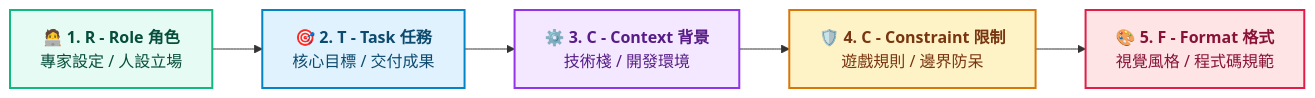
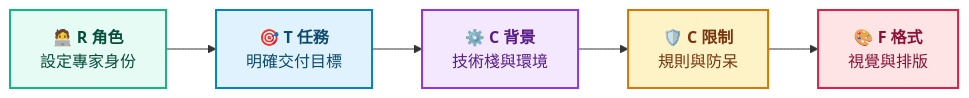
One commit to roberthsu2003/vibe_coding changed the diagram in prompt/README.md. Above: the diagram before and after it, drawn with Mermaid. The commit also changed 1 other file, not shown here.

````diff
--- a/prompt/README.md
+++ b/prompt/README.md
@@ -31,14 +31,14 @@
 ```mermaid
 flowchart LR
-    R["🧑‍💻 <b>1. R - Role 角色</b><br/>專家設定 / 人設立場"] 
-    --> T["🎯 <b>2. T - Task 任務</b><br/>核心目標 / 交付成果"] 
-    --> C1["⚙️ <b>3. C - Context 背景</b><br/>技術棧 / 開發環境"] 
-    --> C2["🛡️ <b>4. C - Constraint 限制</b><br/>遊戲規則 / 邊界防呆"] 
-    --> F["🎨 <b>5. F - Format 格式</b><br/>視覺風格 / 程式碼規範"]
+    R["🧑‍💻 <b>R 角色</b><br/>設定專家身份"] 
+    --> T["🎯 <b>T 任務</b><br/>明確交付目標"] 
+    --> C1["⚙️ <b>C 背景</b><br/>技術棧與環境"] 
+    --> C2["🛡️ <b>C 限制</b><br/>規則與防呆"] 
+    --> F["🎨 <b>F 格式</b><br/>視覺與排版"]
 
     style R fill:#e6fbf3,stroke:#10b981,stroke-width:2px,color:#064e3b
     style T fill:#e0f2fe,stroke:#0284c7,stroke-width:2px,color:#0c4a6e
     style C1 fill:#f3e8ff,stroke:#9333ea,stroke-width:2px,color:#581c87
     style C2 fill:#fef3c7,stroke:#d97706,stroke-width:2px,color:#78350f
     style F fill:#ffe4e6,stroke:#e11d48,stroke-width:2px,color:#881337
 ```
````
